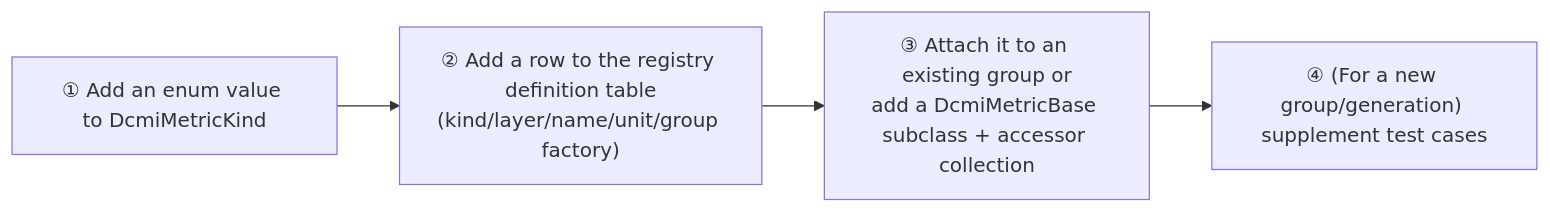
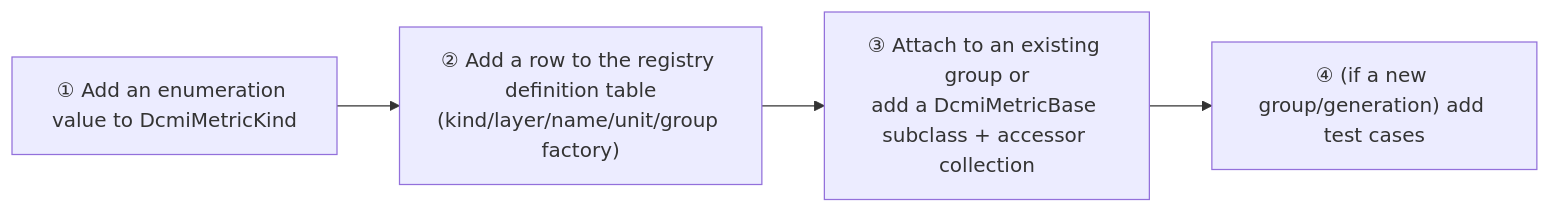
Before and after one commit to Ascend/msmonitor: the sixth of 6 diagrams in docs/en/design/dcmi_chrome_trace_plan.md, drawn with Mermaid. The commit also changed other lines of this file and 19 other files, not shown here.

````diff
--- a/docs/en/design/dcmi_chrome_trace_plan.md
+++ b/docs/en/design/dcmi_chrome_trace_plan.md
@@ -395,6 +395,6 @@
 ```mermaid
 flowchart LR
-    A["① Add an enum value to DcmiMetricKind"] --> B["② Add a row to the registry definition table<br/>(kind/layer/name/unit/group factory)"]
-    B --> C["③ Attach it to an existing group or<br/>add a DcmiMetricBase subclass + accessor collection"]
-    C --> D["④ (For a new group/generation) supplement test cases"]
+    A["① Add an enumeration value to DcmiMetricKind"] --> B["② Add a row to the registry definition table<br/>(kind/layer/name/unit/group factory)"]
+    B --> C["③ Attach to an existing group or<br/>add a DcmiMetricBase subclass + accessor collection"]
+    C --> D["④ (if a new group/generation) add test cases"]
 ```
````
